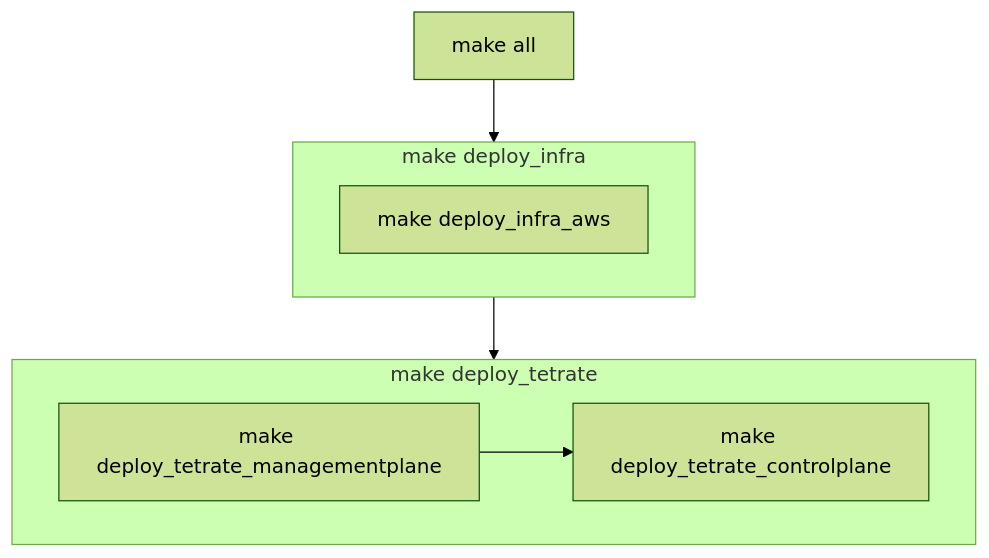
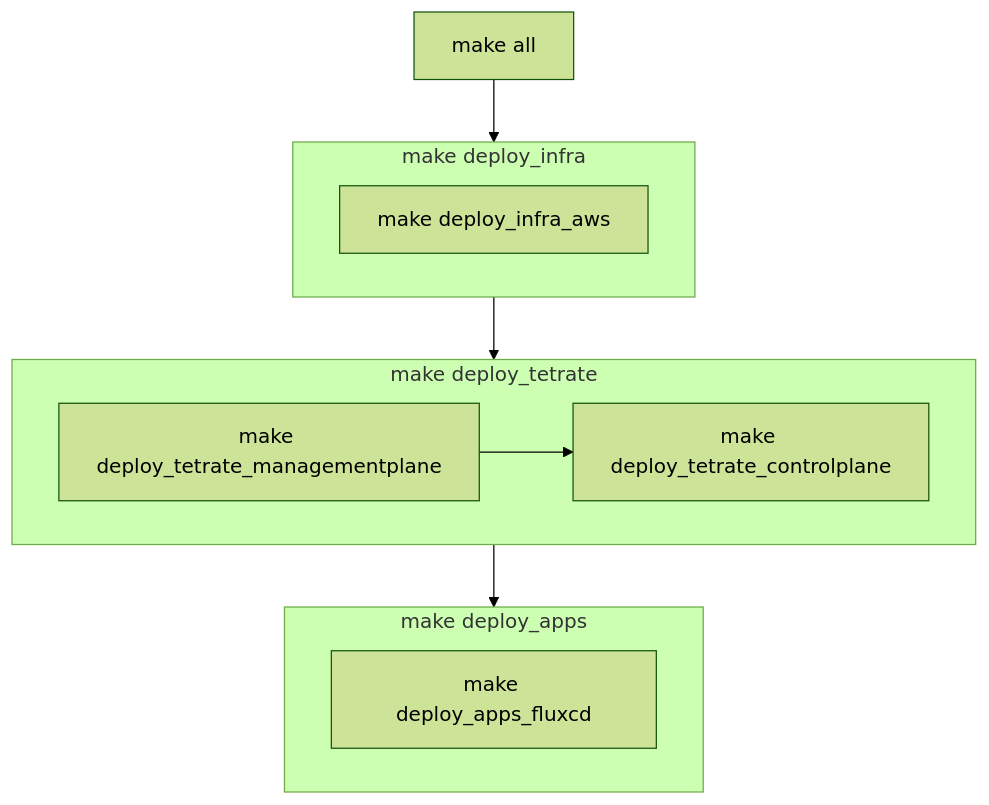
The diagram in README.md (tetratelabs/tetrate-service-express-sandbox), drawn with Mermaid (forest theme) before and after one commit.

````diff
--- a/README.md
+++ b/README.md
@@ -15,12 +15,16 @@
 ```mermaid
   graph TD;
       all[make all] --> infra[make deploy_infra]
       subgraph infra[make deploy_infra]
         infra_aws[make deploy_infra_aws]
       end
       infra --> tetrate[make deploy_tetrate]
       subgraph tetrate[make deploy_tetrate]
          tetrate_managementplane[make deploy_tetrate_managementplane] -->
          tetrate_controlplane[make deploy_tetrate_controlplane]
       end
+      tetrate --> apps[make deploy_apps]
+      subgraph apps[make deploy_apps]
+         fluxcd[make deploy_apps_fluxcd]
+      end
 ```
````
